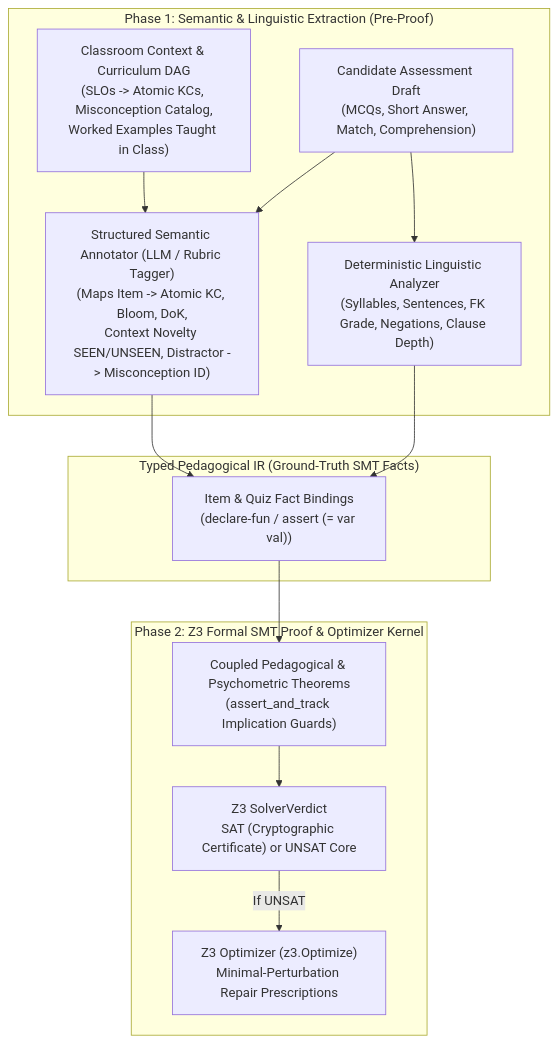
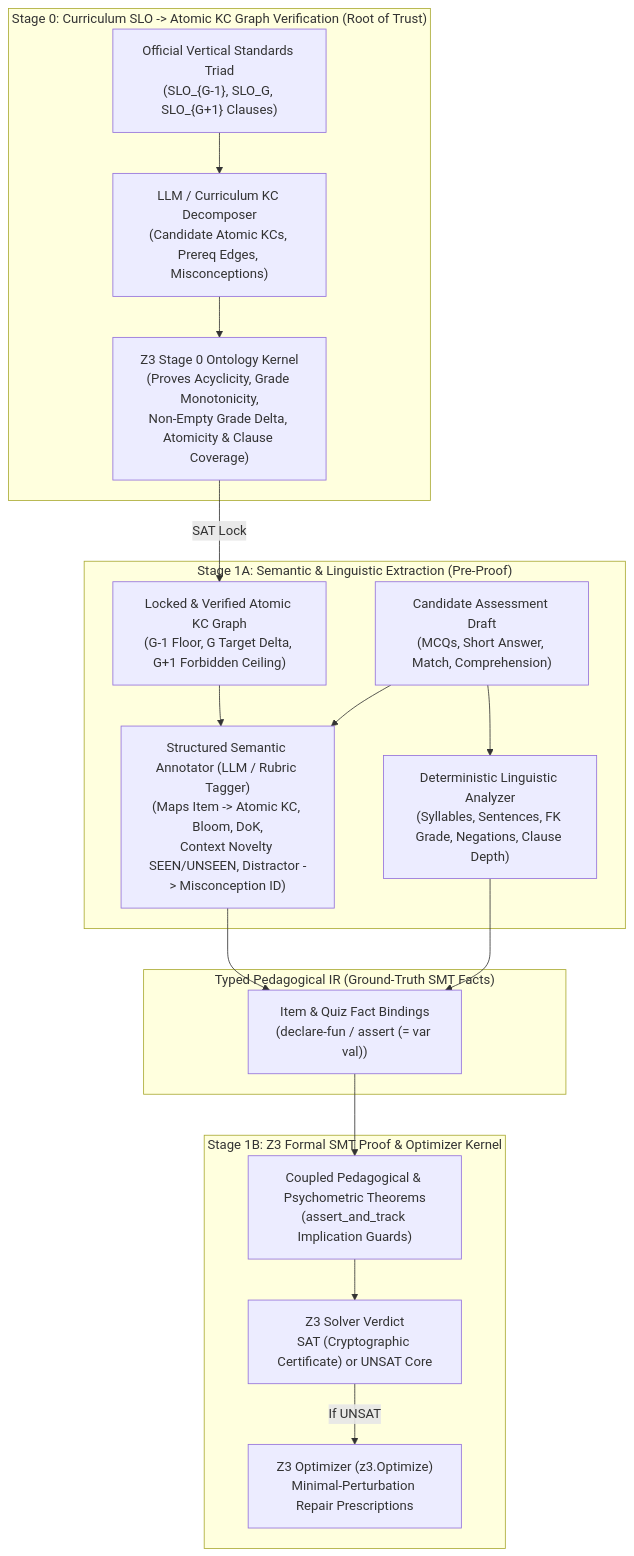
One commit to mashhoodr/formal-verification-for-education changed the diagram in docs/architecture/neuro-symbolic-pedagogical-ir.md. Above: the diagram before and after it, drawn with Mermaid. The commit also changed other lines of this file and 1 other file, not shown here.

Commit message:
docs(pedagogy): add cross-grade SLO boundary envelopes and Stage 0 KC ontology verification (Root of Trust)

````diff
--- a/docs/architecture/neuro-symbolic-pedagogical-ir.md
+++ b/docs/architecture/neuro-symbolic-pedagogical-ir.md
@@ -21,27 +24,35 @@
 ```mermaid
 flowchart TD
-    subgraph Phase1["Phase 1: Semantic & Linguistic Extraction (Pre-Proof)"]
-        A["Classroom Context & Curriculum DAG\n(SLOs -> Atomic KCs, Misconception Catalog,\nWorked Examples Taught in Class)"]
+    subgraph Stage0["Stage 0: Curriculum SLO -> Atomic KC Graph Verification (Root of Trust)"]
+        S0["Official Vertical Standards Triad\n(SLO_{G-1}, SLO_G, SLO_{G+1} Clauses)"]
+        S1["LLM / Curriculum KC Decomposer\n(Candidate Atomic KCs, Prereq Edges, Misconceptions)"]
+        S2["Z3 Stage 0 Ontology Kernel\n(Proves Acyclicity, Grade Monotonicity,\nNon-Empty Grade Delta, Atomicity & Clause Coverage)"]
+        S0 --> S1 --> S2
+    end
+
+    subgraph Phase1["Stage 1A: Semantic & Linguistic Extraction (Pre-Proof)"]
+        A["Locked & Verified Atomic KC Graph\n(G-1 Floor, G Target Delta, G+1 Forbidden Ceiling)"]
         B["Candidate Assessment Draft\n(MCQs, Short Answer, Match, Comprehension)"]
         C["Deterministic Linguistic Analyzer\n(Syllables, Sentences, FK Grade, Negations, Clause Depth)"]
         D["Structured Semantic Annotator (LLM / Rubric Tagger)\n(Maps Item -> Atomic KC, Bloom, DoK,\nContext Novelty SEEN/UNSEEN, Distractor -> Misconception ID)"]
+        S2 -->|SAT Lock| A
         A --> D
         B --> C
         B --> D
     end
 
     subgraph IR["Typed Pedagogical IR (Ground-Truth SMT Facts)"]
         E["Item & Quiz Fact Bindings\n(declare-fun / assert (= var val))"]
         C --> E
         D --> E
     end
 
-    subgraph Phase2["Phase 2: Z3 Formal SMT Proof & Optimizer Kernel"]
+    subgraph Phase2["Stage 1B: Z3 Formal SMT Proof & Optimizer Kernel"]
         F["Coupled Pedagogical & Psychometric Theorems\n(assert_and_track Implication Guards)"]
-        G["Z3 SolverVerdict\nSAT (Cryptographic Certificate) or UNSAT Core"]
+        G["Z3 Solver Verdict\nSAT (Cryptographic Certificate) or UNSAT Core"]
         H["Z3 Optimizer (z3.Optimize)\nMinimal-Perturbation Repair Prescriptions"]
         E --> F
         F --> G
         G -->|If UNSAT| H
     end
 ```
````
